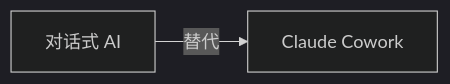
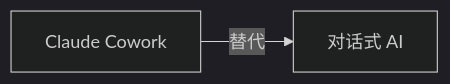
The diagram in wiki/对话式-AI.md (yibie/claude-best-practices-zh), drawn with Mermaid (dark theme) before and after one commit. The commit also changed other lines of this file and 407 other files, not shown here.

Commit message:
feat: DeepSeek 三遍审校（译文/关系/图谱）+ 可部署静态站点

````diff
--- a/wiki/对话式-AI.md
+++ b/wiki/对话式-AI.md
@@ -41,5 +42,5 @@
 ```mermaid
 graph LR
   C["对话式 AI"]
-  C -->|替代| N0["Claude Cowork"]
+  N0["Claude Cowork"] -->|替代| C
 ```
````
